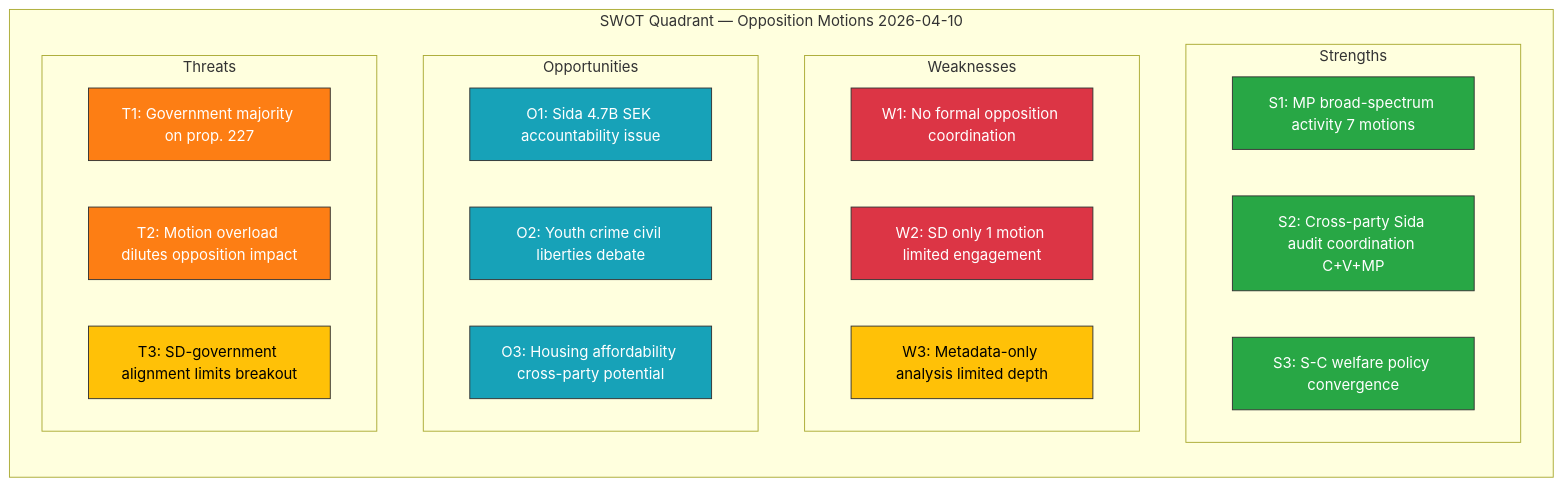
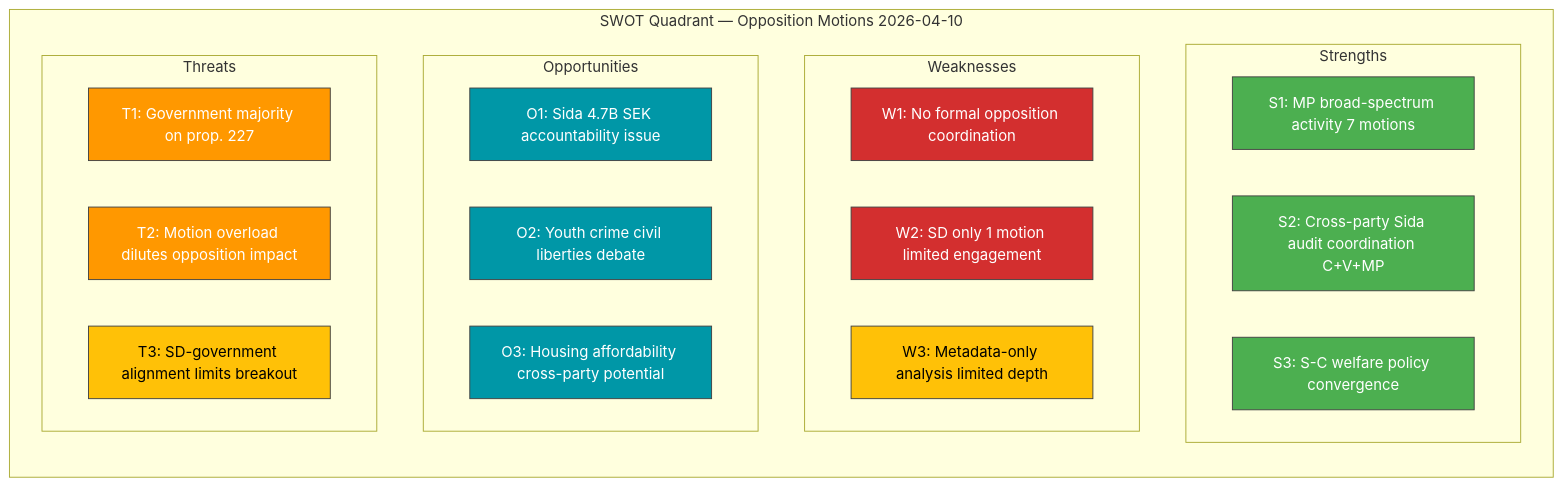
The diagram in analysis/daily/2026-04-10/motions/swot-analysis.md (Hack23/riksdagsmonitor), drawn with Mermaid before and after one commit. The commit also changed 785 other files, not shown here.

First line of the commit message:
Normalize mermaid colors across 786 analysis artifacts to ISMS Style Guide palette

````diff
--- a/analysis/daily/2026-04-10/motions/swot-analysis.md
+++ b/analysis/daily/2026-04-10/motions/swot-analysis.md
@@ -16,38 +16,38 @@
 ```mermaid
 graph TD
     subgraph "SWOT Quadrant — Opposition Motions 2026-04-10"
         direction TB
         subgraph "Strengths"
             S1["S1: MP broad-spectrum activity 7 motions"]
             S2["S2: Cross-party Sida audit coordination C+V+MP"]
             S3["S3: S-C welfare policy convergence"]
         end
         subgraph "Weaknesses"
             W1["W1: No formal opposition coordination"]
             W2["W2: SD only 1 motion limited engagement"]
             W3["W3: Metadata-only analysis limited depth"]
         end
         subgraph "Opportunities"
             O1["O1: Sida 4.7B SEK accountability issue"]
             O2["O2: Youth crime civil liberties debate"]
             O3["O3: Housing affordability cross-party potential"]
         end
         subgraph "Threats"
             T1["T1: Government majority on prop. 227"]
             T2["T2: Motion overload dilutes opposition impact"]
             T3["T3: SD-government alignment limits breakout"]
         end
     end
-    style S1 fill:#28a745,stroke:#333,color:#fff
-    style S2 fill:#28a745,stroke:#333,color:#fff
-    style S3 fill:#28a745,stroke:#333,color:#fff
-    style W1 fill:#dc3545,stroke:#333,color:#fff
-    style W2 fill:#dc3545,stroke:#333,color:#fff
-    style W3 fill:#ffc107,stroke:#333,color:#000
-    style O1 fill:#17a2b8,stroke:#333,color:#fff
-    style O2 fill:#17a2b8,stroke:#333,color:#fff
-    style O3 fill:#17a2b8,stroke:#333,color:#fff
-    style T1 fill:#fd7e14,stroke:#333,color:#fff
-    style T2 fill:#fd7e14,stroke:#333,color:#fff
-    style T3 fill:#ffc107,stroke:#333,color:#000
+    style S1 fill:#4CAF50,stroke:#424242,color:#FFFFFF
+    style S2 fill:#4CAF50,stroke:#424242,color:#FFFFFF
+    style S3 fill:#4CAF50,stroke:#424242,color:#FFFFFF
+    style W1 fill:#D32F2F,stroke:#424242,color:#FFFFFF
+    style W2 fill:#D32F2F,stroke:#424242,color:#FFFFFF
+    style W3 fill:#FFC107,stroke:#424242,color:#000000
+    style O1 fill:#0097A7,stroke:#424242,color:#FFFFFF
+    style O2 fill:#0097A7,stroke:#424242,color:#FFFFFF
+    style O3 fill:#0097A7,stroke:#424242,color:#FFFFFF
+    style T1 fill:#FF9800,stroke:#424242,color:#FFFFFF
+    style T2 fill:#FF9800,stroke:#424242,color:#FFFFFF
+    style T3 fill:#FFC107,stroke:#424242,color:#000000
 ```
````
